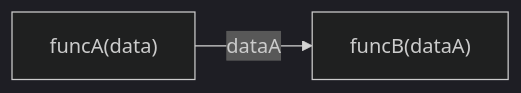
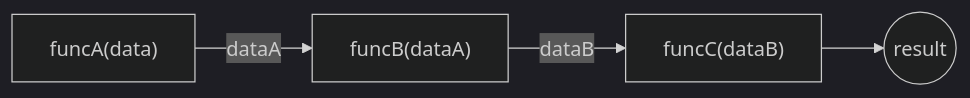
The diagram in function/函数组合.md (yoyoyohamapi/books-underscore-analysis), drawn with Mermaid (dark theme) before and after one commit.

```diff
--- a/function/函数组合.md
+++ b/function/函数组合.md
@@ -10,4 +10,6 @@
 {% mermaid %}
 graph LR;
-A["funcA(data)"]-- dataA -->B["funcB(dataA)"];
+A["funcA(data)"]-- dataA -->B;
+B["funcB(dataA)"]-- dataB -->C;
+C["funcC(dataB)"]-->D((result));
 {% endmermaid %}
```
